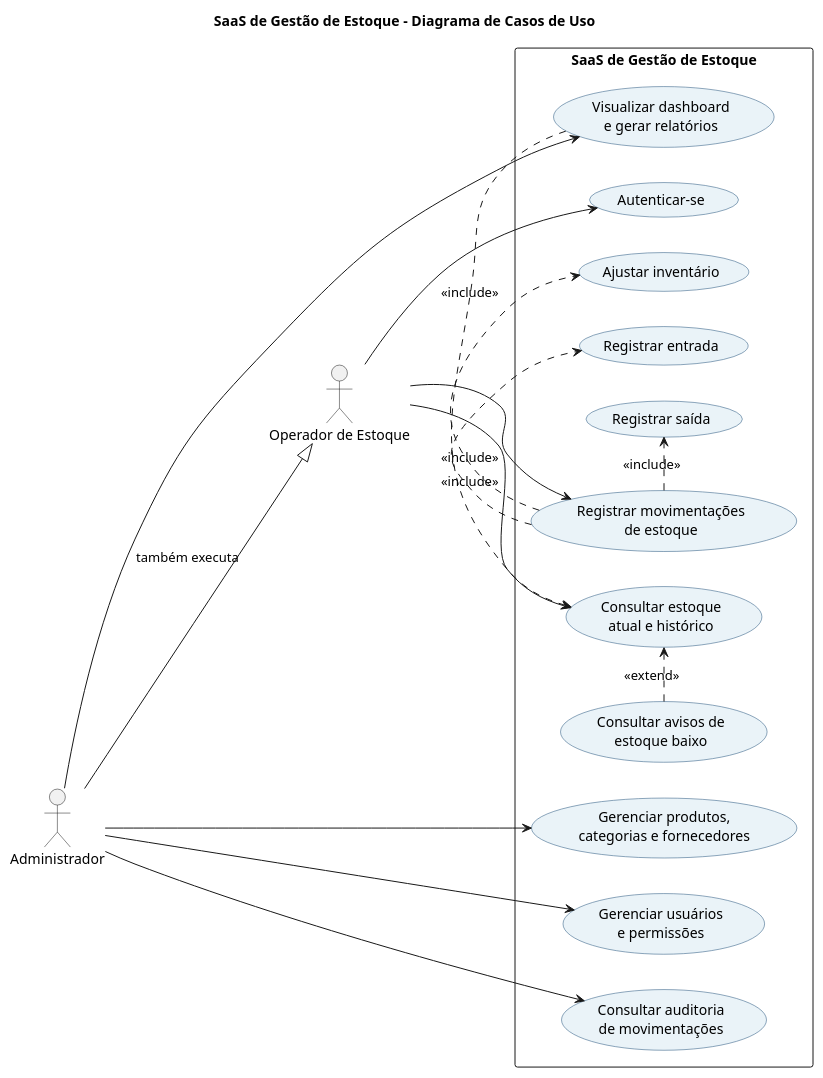
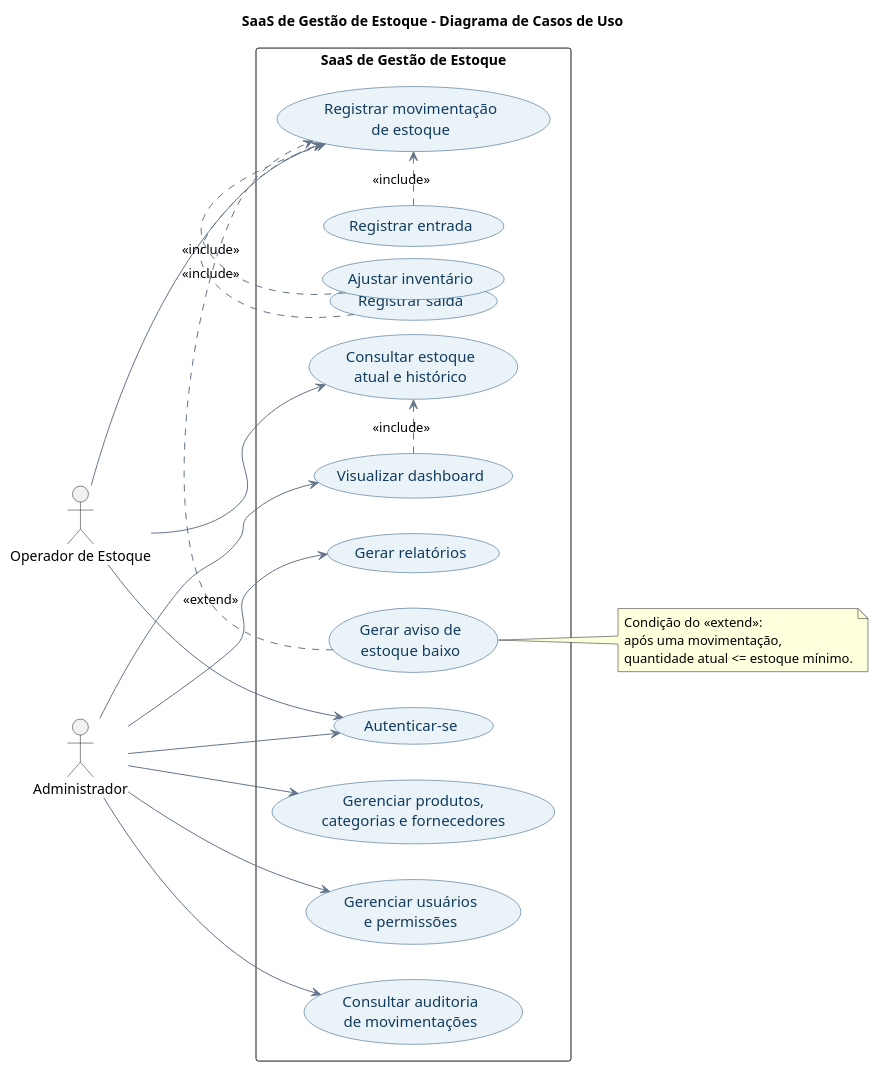
The diagram in documentacao/uml/diagrama-casos-de-uso.puml (marceloohenr/sistema-estoque), drawn with PlantUML before and after one commit. The commit also changed 41 other files, not shown here.

```diff
--- a/documentacao/uml/diagrama-casos-de-uso.puml
+++ b/documentacao/uml/diagrama-casos-de-uso.puml
@@ -1,43 +1,55 @@
 @startuml
 title SaaS de Gestão de Estoque - Diagrama de Casos de Uso
 left to right direction
 skinparam packageStyle rectangle
 skinparam shadowing false
 skinparam usecase {
   BackgroundColor #EAF3F8
   BorderColor #1F4E78
+  FontColor #123B5D
+  FontSize 15
 }
+skinparam ArrowColor #64748B
 
 actor "Administrador" as Admin
 actor "Operador de Estoque" as Operador
-Admin --|> Operador : também executa
 
 rectangle "SaaS de Gestão de Estoque" {
   usecase "Autenticar-se" as UCLogin
   usecase "Gerenciar produtos,\ncategorias e fornecedores" as UCProducts
   usecase "Gerenciar usuários\ne permissões" as UCUsers
-  usecase "Visualizar dashboard\ne gerar relatórios" as UCDashboard
+  usecase "Visualizar dashboard" as UCDashboard
+  usecase "Gerar relatórios" as UCReports
   usecase "Consultar auditoria\nde movimentações" as UCAudit
-  usecase "Registrar movimentações\nde estoque" as UCMove
+  usecase "Registrar movimentação\nde estoque" as UCMove
   usecase "Registrar entrada" as UCEntry
   usecase "Registrar saída" as UCExit
   usecase "Ajustar inventário" as UCAdjust
   usecase "Consultar estoque\natual e histórico" as UCStock
-  usecase "Consultar avisos de\nestoque baixo" as UCAlerts
+  usecase "Gerar aviso de\nestoque baixo" as UCAlerts
 }
 
 Admin --> UCProducts
 Admin --> UCUsers
+Admin --> UCLogin
 Admin --> UCDashboard
+Admin --> UCReports
 Admin --> UCAudit
 
 Operador --> UCLogin
 Operador --> UCMove
 Operador --> UCStock
 
-UCMove .> UCEntry : <<include>>
-UCMove .> UCExit : <<include>>
-UCMove .> UCAdjust : <<include>>
+UCEntry .> UCMove : <<include>>
+UCExit .> UCMove : <<include>>
+UCAdjust .> UCMove : <<include>>
 UCDashboard .> UCStock : <<include>>
-UCAlerts .> UCStock : <<extend>>
+UCReports .> UCStock : <<include>>
+UCAlerts .> UCMove : <<extend>>
+
+note right of UCAlerts
+  Condição do <<extend>>:
+  após uma movimentação,
+  quantidade atual <= estoque mínimo.
+end note
 @enduml
```
